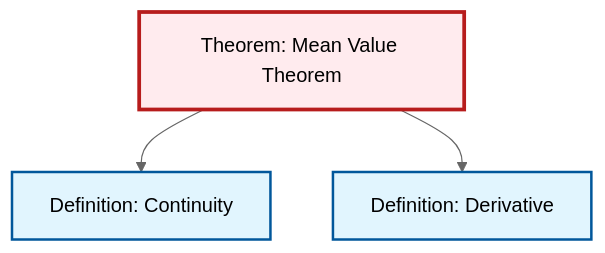
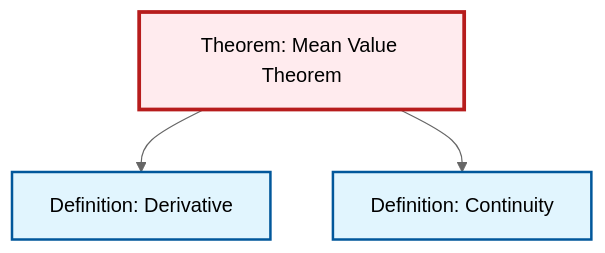
Before and after one commit to RK0429/ModernMath: the diagram in output/mermaid/thm-mean-value.mermaid, drawn with Mermaid (neutral theme). The commit also changed other lines of this file and 1124 other files, not shown here.

````diff
--- a/output/mermaid/thm-mean-value.mermaid
+++ b/output/mermaid/thm-mean-value.mermaid
@@ -1,15 +1,15 @@
 ```{mermaid}
 %%| fig-cap: "Local dependency graph"
 graph TD
     classDef definition fill:#e1f5fe,stroke:#01579b,stroke-width:2px
     classDef theorem fill:#f3e5f5,stroke:#4a148c,stroke-width:2px
     classDef axiom fill:#fff3e0,stroke:#e65100,stroke-width:2px
     classDef example fill:#e8f5e9,stroke:#1b5e20,stroke-width:2px
     classDef current fill:#ffebee,stroke:#b71c1c,stroke-width:3px
+    def-continuity["Definition: Continuity"]:::definition
     thm-mean-value["Theorem: Mean Value Theorem"]:::theorem
-    def-continuity["Definition: Continuity"]:::definition
     def-derivative["Definition: Derivative"]:::definition
+    thm-mean-value --> def-derivative
     thm-mean-value --> def-continuity
-    thm-mean-value --> def-derivative
     class thm-mean-value current
 ```
````
